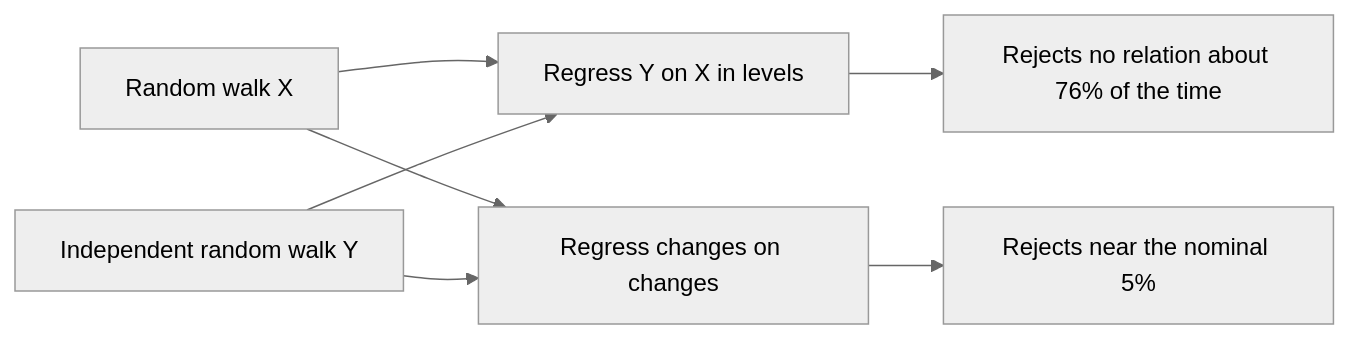
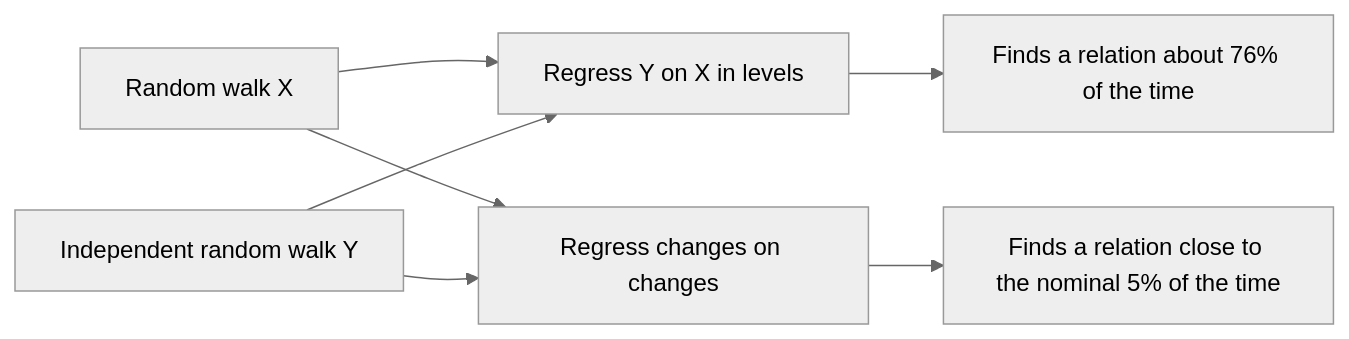
Before and after one commit to bonding-curves/avalanche-phase-ii-research: the diagram in content/Phase II/Wiki/Collections/Supplementary Research Papers/1974 Spurious Regressions.md, drawn with Mermaid (neutral theme). The commit also changed other lines of this file and 27 other files, not shown here.

````diff
--- a/content/Phase II/Wiki/Collections/Supplementary Research Papers/1974 Spurious Regressions.md
+++ b/content/Phase II/Wiki/Collections/Supplementary Research Papers/1974 Spurious Regressions.md
@@ -20,9 +20,9 @@
 ```mermaid
 flowchart LR
   X["Random walk X"] --> R["Regress Y on X in levels"]
   Y["Independent random walk Y"] --> R
-  R --> L["Rejects no relation about 76% of the time"]
+  R --> L["Finds a relation about 76% of the time"]
   X --> D["Regress changes on changes"]
   Y --> D
-  D --> OK["Rejects near the nominal 5%"]
+  D --> OK["Finds a relation close to the nominal 5% of the time"]
 ```
````
